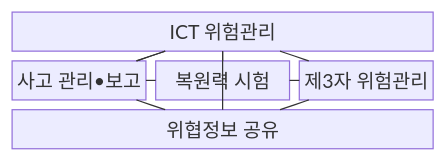
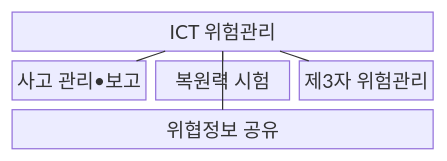
Before and after one commit to agnusdei1207/knowledge-base: the first of 2 diagrams in src/content/docs/notes/07-law-policy/034_eu_dora.md, drawn with Mermaid. The commit also changed other lines of this file and 493 other files, not shown here.

````diff
--- a/src/content/docs/notes/07-law-policy/034_eu_dora.md
+++ b/src/content/docs/notes/07-law-policy/034_eu_dora.md
@@ -67,16 +67,11 @@
 ```mermaid
 block-beta
     columns 3
     R["ICT 위험관리"]:3
     I["사고 관리•보고"] T["복원력 시험"] P["제3자 위험관리"]
     S["위협정보 공유"]:3
     R --- I
     R --- T
     R --- P
-    I --- S
-    S --- R
-    R --- I
-    I --- T
-    T --- P
-    P --- S
+    R --- S
 ```
````
